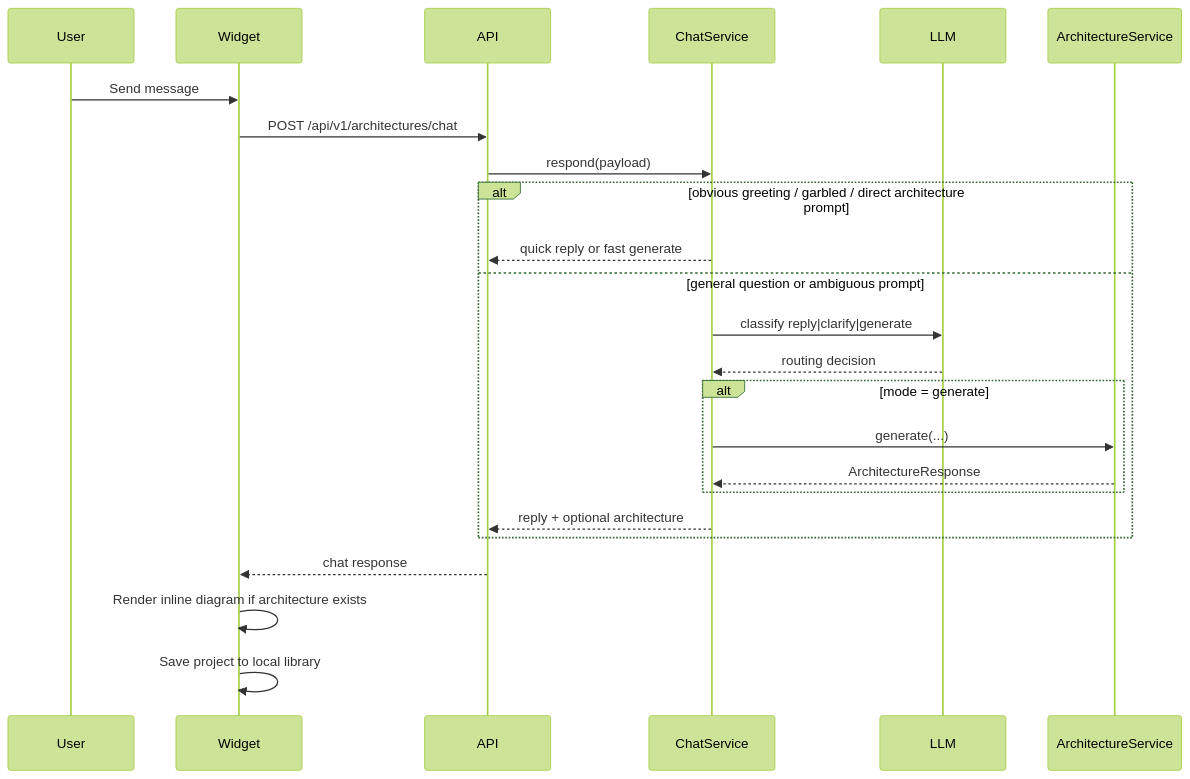
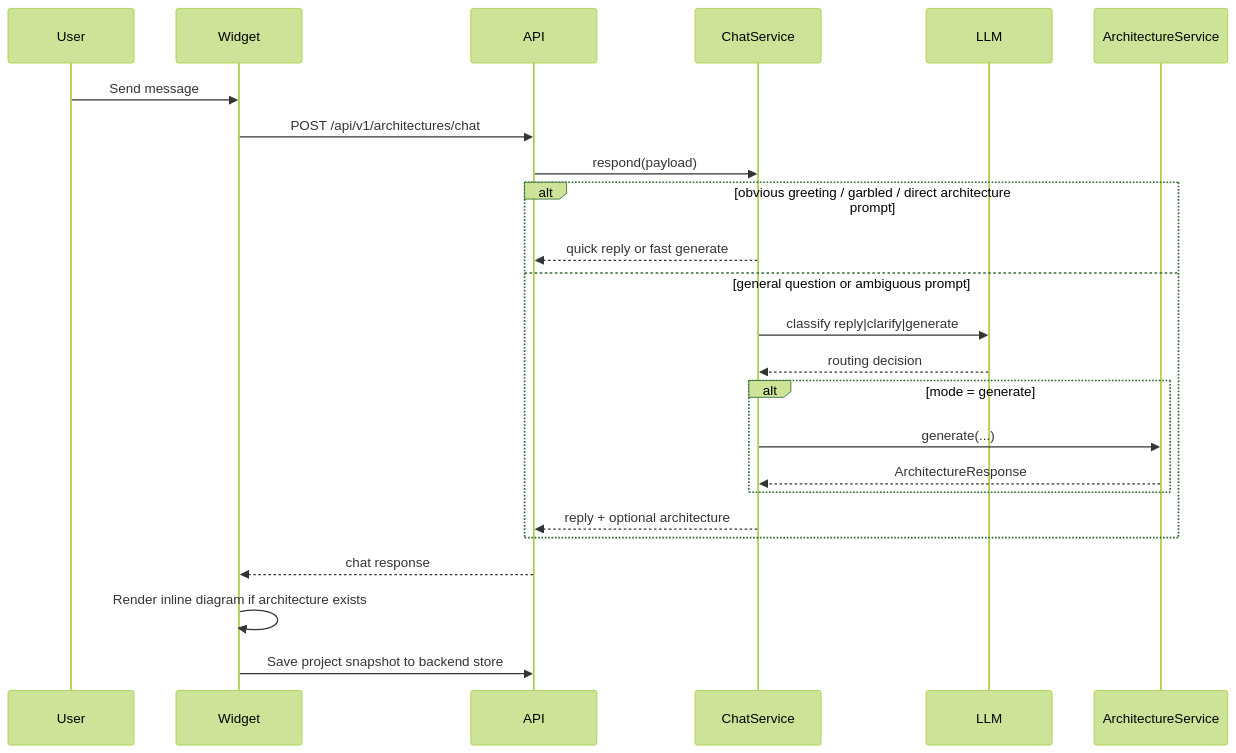
Before and after one commit to KasdevTech/arch-kasdevtech: the third of 3 diagrams in docs/TECHNICAL_WALKTHROUGH.md, drawn with Mermaid (forest theme). The commit also changed other lines of this file and 33 other files, not shown here.

Commit message:
Add backend project persistence and ship planning

````diff
--- a/docs/TECHNICAL_WALKTHROUGH.md
+++ b/docs/TECHNICAL_WALKTHROUGH.md
@@ -77,29 +78,29 @@
 ```mermaid
 sequenceDiagram
     participant User
     participant Widget
     participant API
     participant ChatService
     participant LLM
     participant ArchitectureService
 
     User->>Widget: Send message
     Widget->>API: POST /api/v1/architectures/chat
     API->>ChatService: respond(payload)
 
     alt obvious greeting / garbled / direct architecture prompt
         ChatService-->>API: quick reply or fast generate
     else general question or ambiguous prompt
         ChatService->>LLM: classify reply|clarify|generate
         LLM-->>ChatService: routing decision
         alt mode = generate
             ChatService->>ArchitectureService: generate(...)
             ArchitectureService-->>ChatService: ArchitectureResponse
         end
         ChatService-->>API: reply + optional architecture
     end
 
     API-->>Widget: chat response
     Widget->>Widget: Render inline diagram if architecture exists
-    Widget->>Widget: Save project to local library
+    Widget->>API: Save project snapshot to backend store
 ```
````
